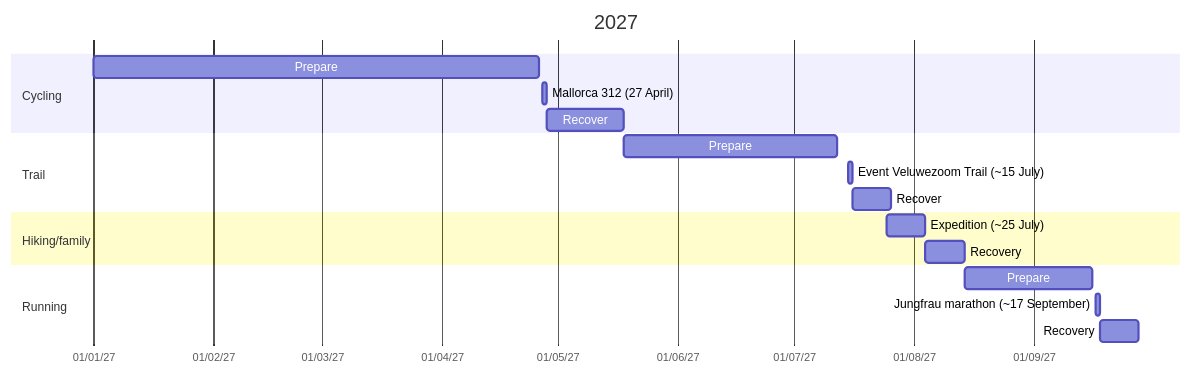
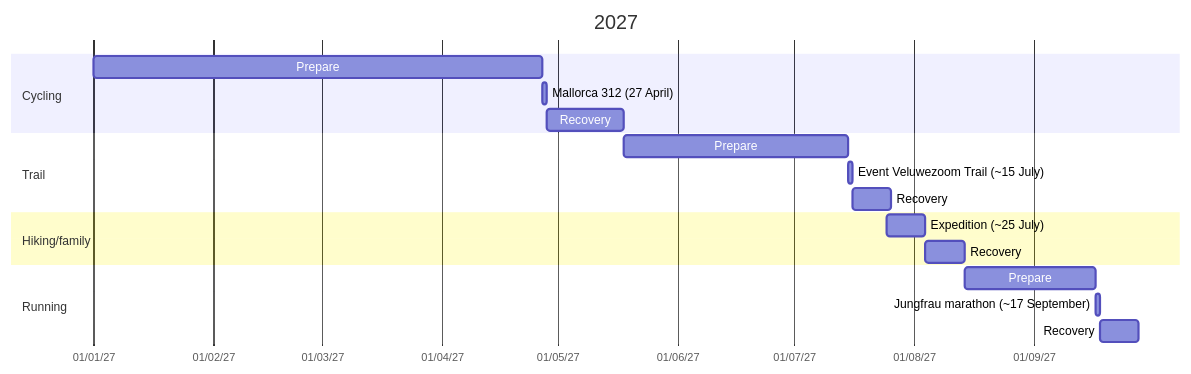
Before and after one commit to onekrasov/onekrasov.github.io: the second of 2 diagrams in _posts/2027-09-27-sport-events-planning.md, drawn with Mermaid. The commit also changed other lines of this file, not shown here.

````diff
--- a/_posts/2027-09-27-sport-events-planning.md
+++ b/_posts/2027-09-27-sport-events-planning.md
@@ -22,21 +25,25 @@
 ```mermaid
 gantt
     title 2027
     dateFormat DD-MM-YY
     axisFormat %d/%m/%y
+    
     section Cycling
-    Prepare: b1, 01-01-27, 115d
+    Prepare: b1, 01-01-27, 27-04-27
     Mallorca 312 (27 April): m312, 27-04-27, 1d
-    Recover: m312r, after m312, 20d
+    Recovery: m312r, after m312, 20d
+    
     section Trail
-    Prepare: after m312r, 55d
+    Prepare: after m312r, 15-07-27
     Event Veluwezoom Trail (~15 July): vz, 15-07-27, 1d
-    Recover: after vz, 10d
+    Recovery: after vz, 10d
+    
     section Hiking/family
     Expedition (~25 July): e1, 25-07-27, 10d
     Recovery: r2, after e1, 10d
+    
     section Running
-    Prepare: after r2, 33d
+    Prepare: after r2, 17-09-27
     Jungfrau marathon (~17 September): jm, 17-09-27, 1d
     Recovery: after jm, 10d
 ```
````
